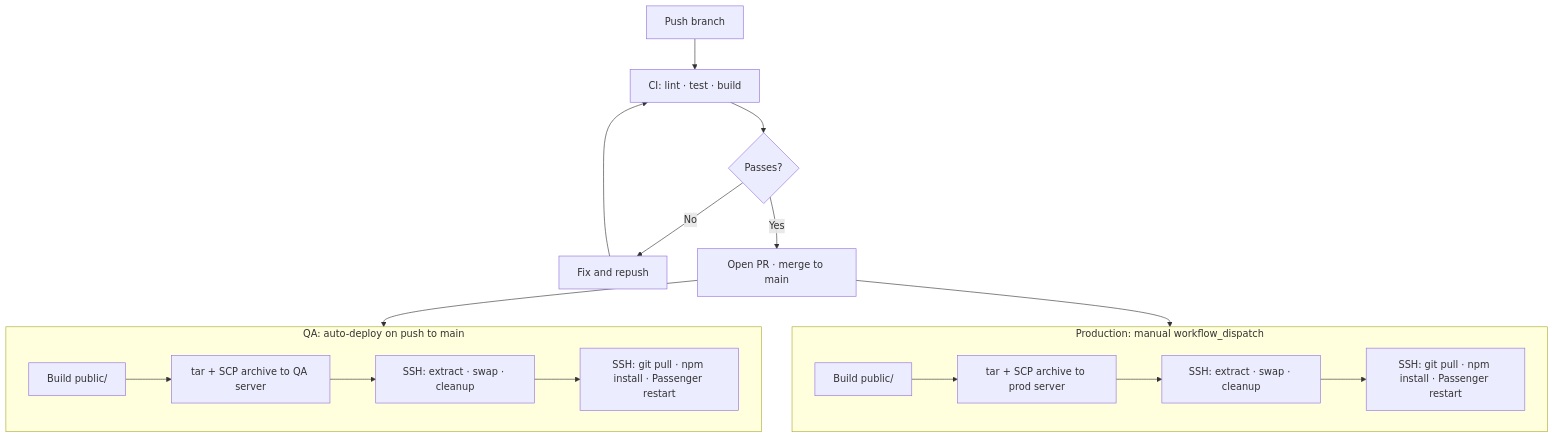
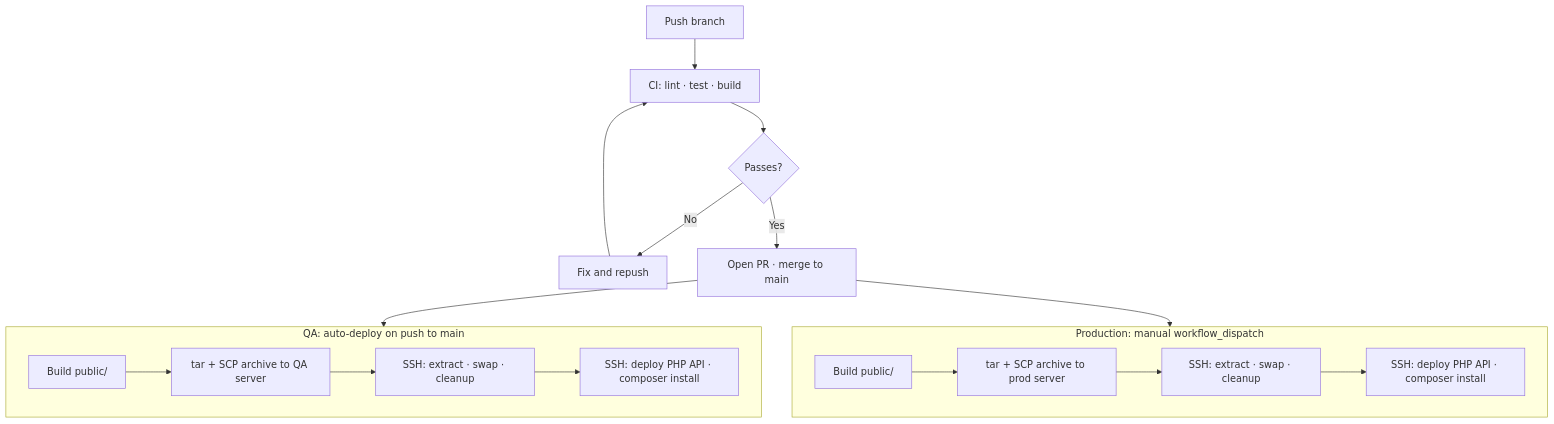
The diagram in docs/04-OPERATIONS.md (moggleif/sbsommar), drawn with Mermaid before and after one commit. The commit also changed other lines of this file and 7 other files, not shown here.

````diff
--- a/docs/04-OPERATIONS.md
+++ b/docs/04-OPERATIONS.md
@@ -130,22 +117,22 @@
 ```mermaid
 flowchart TD
     A[Push branch] --> B[CI: lint · test · build]
     B --> C{Passes?}
     C -- No --> D[Fix and repush]
     D --> B
     C -- Yes --> E[Open PR · merge to main]
     E --> F
     E --> G
 
     subgraph F [QA: auto-deploy on push to main]
         F1[Build public/] --> F2[tar + SCP archive to QA server]
         F2 --> F3[SSH: extract · swap · cleanup]
-        F3 --> F5[SSH: git pull · npm install · Passenger restart]
+        F3 --> F4[SSH: deploy PHP API · composer install]
     end
 
     subgraph G [Production: manual workflow_dispatch]
         G1[Build public/] --> G2[tar + SCP archive to prod server]
         G2 --> G3[SSH: extract · swap · cleanup]
-        G3 --> G5[SSH: git pull · npm install · Passenger restart]
+        G3 --> G4[SSH: deploy PHP API · composer install]
     end
 ```
````
